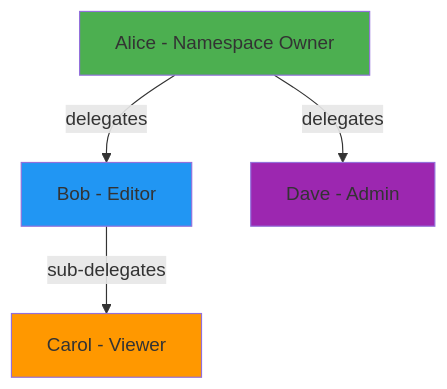
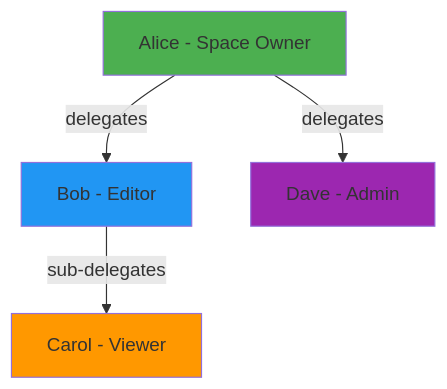
One commit to TinyCloudLabs/docs changed the second of 2 diagrams in concepts/capabilities.mdx. Above: the diagram before and after it, drawn with Mermaid. The commit also changed other lines of this file and 9 other files, not shown here.

First line of the commit message:
Rename Namespace to Space (#1)

````diff
--- a/concepts/capabilities.mdx
+++ b/concepts/capabilities.mdx
@@ -87,11 +87,11 @@
 ```mermaid
 graph TD
-    A[Alice - Namespace Owner] -->|delegates| B[Bob - Editor]
+    A[Alice - Space Owner] -->|delegates| B[Bob - Editor]
     B -->|sub-delegates| C[Carol - Viewer]
     A -->|delegates| D[Dave - Admin]
 
     style A fill:#4CAF50
     style B fill:#2196F3
     style C fill:#FF9800
     style D fill:#9C27B0
 ```
````
